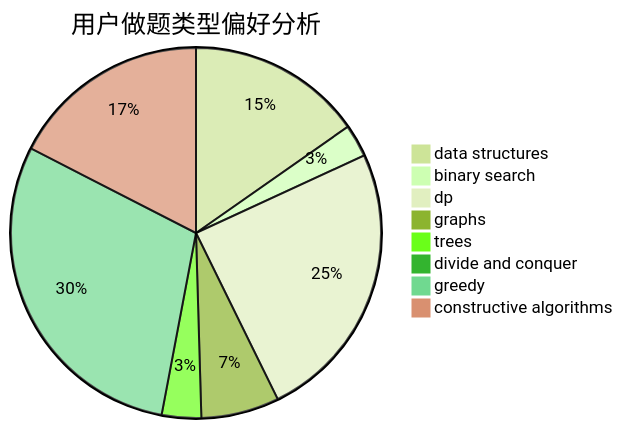
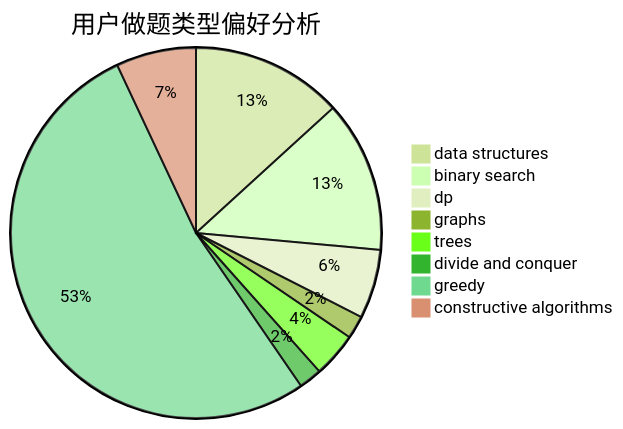
The second of 3 diagrams in docs/user/u2151.md (sherpahu/cfrs.github.io), drawn with Mermaid (forest theme) before and after one commit. The commit also changed other lines of this file and 2770 other files, not shown here.

````diff
--- a/docs/user/u2151.md
+++ b/docs/user/u2151.md
@@ -23,11 +23,11 @@
 ```mermaid
 pie title 用户做题类型偏好分析
-    "data structures" :  231
-    "binary search" :  43
-    "dp" :  372
-    "graphs" :  103
-    "trees" :  52
-    "divide and conquer" :  0
-    "greedy" :  447
-    "constructive algorithms" :  264
+    "data structures" :  125
+    "binary search" :  125
+    "dp" :  57
+    "graphs" :  19
+    "trees" :  37
+    "divide and conquer" :  19
+    "greedy" :  497
+    "constructive algorithms" :  66
 ```
````
